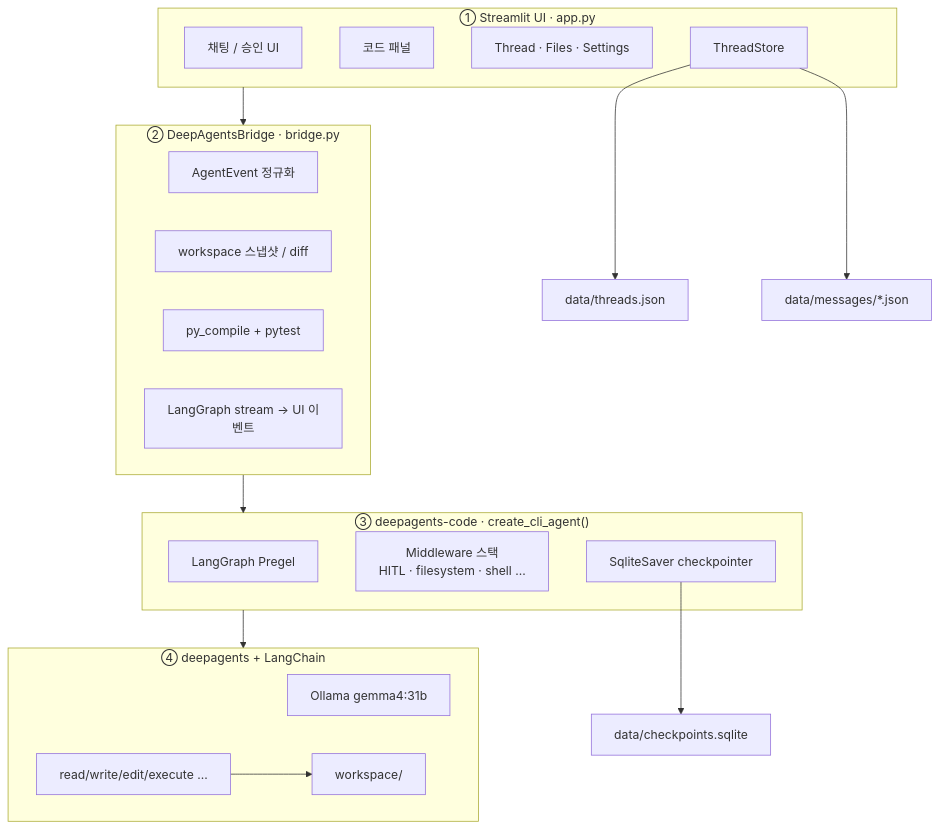
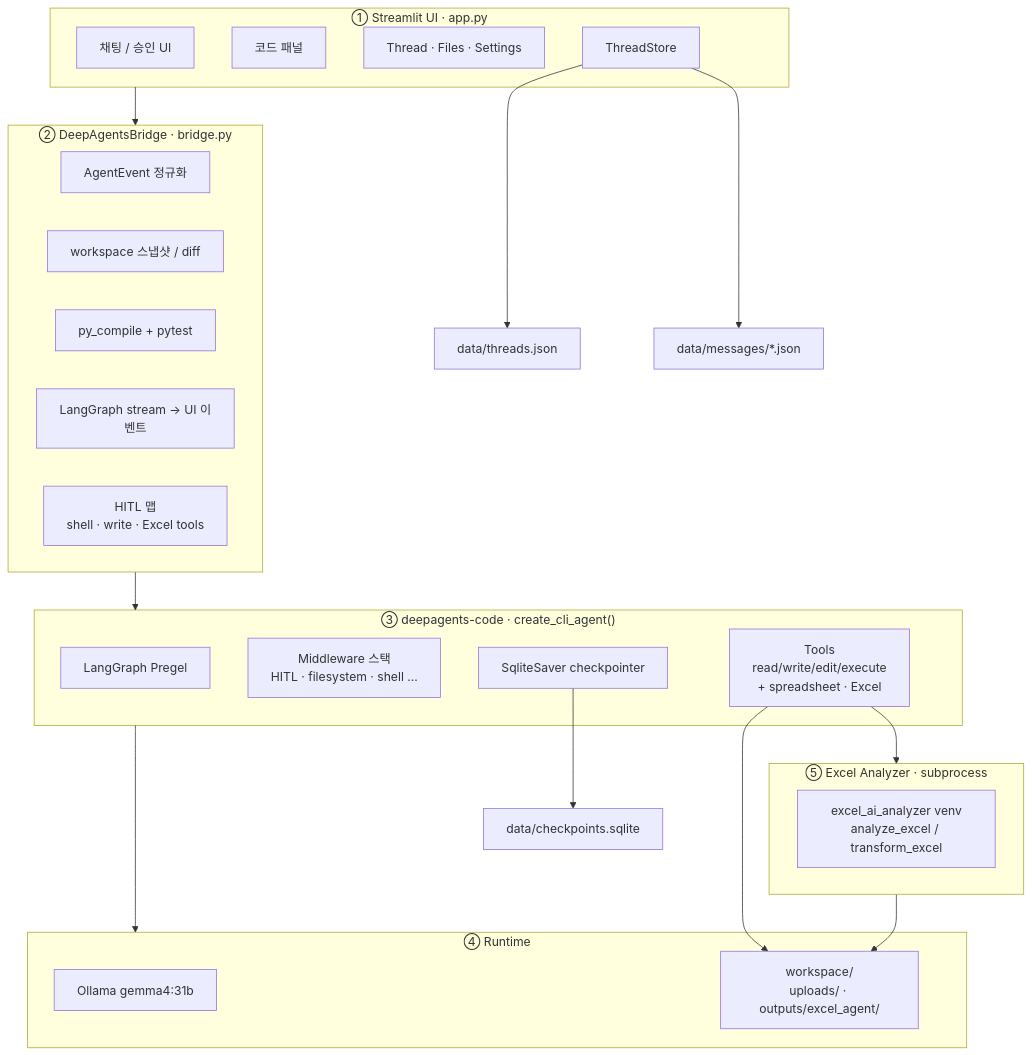
One commit to eunbijoel/coding_agent changed the diagram in README.md. Above: the diagram before and after it, drawn with Mermaid. The commit also changed 1 other file, not shown here.

Commit message:
Update README architecture diagrams for Excel and uploads.
Show Excel HITL/tools, the Analyzer subprocess, and workspace uploads/outputs paths.

````diff
--- a/README.md
+++ b/README.md
@@ -11,36 +11,43 @@
 ```mermaid
 flowchart TB
     subgraph UI["① Streamlit UI · app.py"]
         Chat["채팅 / 승인 UI"]
         Editor["코드 패널"]
         Sidebar["Thread · Files · Settings"]
         ThreadStore["ThreadStore"]
     end
 
     subgraph Bridge["② DeepAgentsBridge · bridge.py"]
         Events["AgentEvent 정규화"]
         Snap["workspace 스냅샷 / diff"]
         Verify["py_compile + pytest"]
         Map["LangGraph stream → UI 이벤트"]
+        HITL["HITL 맵<br/>shell · write · Excel tools"]
     end
 
     subgraph DCode["③ deepagents-code · create_cli_agent()"]
         Graph["LangGraph Pregel"]
         MW["Middleware 스택<br/>HITL · filesystem · shell …"]
         CP["SqliteSaver checkpointer"]
+        Tools["Tools<br/>read/write/edit/execute<br/>+ spreadsheet · Excel"]
     end
 
-    subgraph Runtime["④ deepagents + LangChain"]
+    subgraph Runtime["④ Runtime"]
         Model["Ollama gemma4:31b"]
-        Hands["read/write/edit/execute …"]
-        WS["workspace/"]
+        WS["workspace/<br/>uploads/ · outputs/excel_agent/"]
+    end
+
+    subgraph Excel["⑤ Excel Analyzer · subprocess"]
+        Venv["excel_ai_analyzer venv<br/>analyze_excel / transform_excel"]
     end
 
     UI --> Bridge
     Bridge --> DCode
     DCode --> Runtime
-    Hands --> WS
+    Tools --> WS
+    Tools --> Excel
+    Excel --> WS
     ThreadStore --> ThreadsIdx["data/threads.json"]
     ThreadStore --> MsgData["data/messages/*.json"]
     CP --> Data["data/checkpoints.sqlite"]
 ```
````
